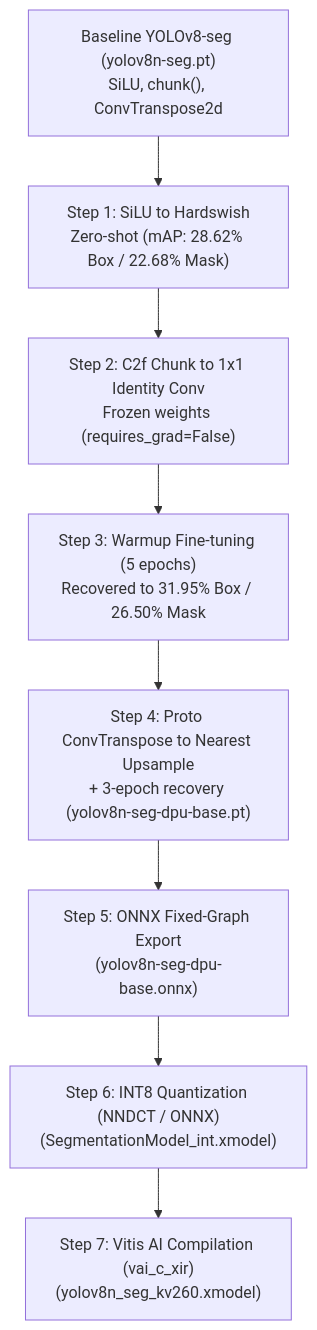
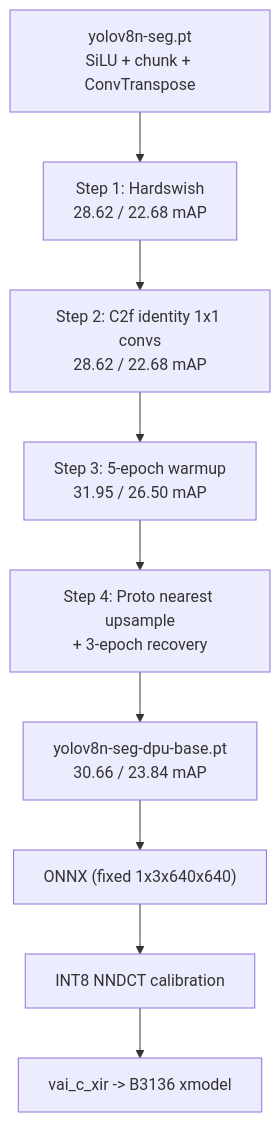
Before and after one commit to VicoSilalahi/yolo-dpu-aware: the diagram in DPU_END_TO_END_GUIDE.md, drawn with Mermaid. The commit also changed other lines of this file and 705 other files, not shown here.

````diff
--- a/DPU_END_TO_END_GUIDE.md
+++ b/DPU_END_TO_END_GUIDE.md
@@ -23,10 +34,11 @@
 ```mermaid
 flowchart TD
-    A["Baseline YOLOv8-seg (yolov8n-seg.pt)<br>SiLU, chunk(), ConvTranspose2d"] --> B["Step 1: SiLU to Hardswish<br>Zero-shot (mAP: 28.62% Box / 22.68% Mask)"]
-    B --> C["Step 2: C2f Chunk to 1x1 Identity Conv<br>Frozen weights (requires_grad=False)"]
-    C --> D["Step 3: Warmup Fine-tuning (5 epochs)<br>Recovered to 31.95% Box / 26.50% Mask"]
-    D --> E["Step 4: Proto ConvTranspose to Nearest Upsample<br>+ 3-epoch recovery (yolov8n-seg-dpu-base.pt)"]
-    E --> F["Step 5: ONNX Fixed-Graph Export<br>(yolov8n-seg-dpu-base.onnx)"]
-    F --> G["Step 6: INT8 Quantization (NNDCT / ONNX)<br>(SegmentationModel_int.xmodel)"]
-    G --> H["Step 7: Vitis AI Compilation (vai_c_xir)<br>(yolov8n_seg_kv260.xmodel)"]
+    A["yolov8n-seg.pt<br>SiLU + chunk + ConvTranspose"] --> B["Step 1: Hardswish<br>28.62 / 22.68 mAP"]
+    B --> C["Step 2: C2f identity 1x1 convs<br>28.62 / 22.68 mAP"]
+    C --> D["Step 3: 5-epoch warmup<br>31.95 / 26.50 mAP"]
+    D --> E["Step 4: Proto nearest upsample<br>+ 3-epoch recovery"]
+    E --> F["yolov8n-seg-dpu-base.pt<br>30.66 / 23.84 mAP"]
+    F --> G["ONNX (fixed 1x3x640x640)"]
+    G --> H["INT8 NNDCT calibration"]
+    H --> I["vai_c_xir -> B3136 xmodel"]
 ```
````
